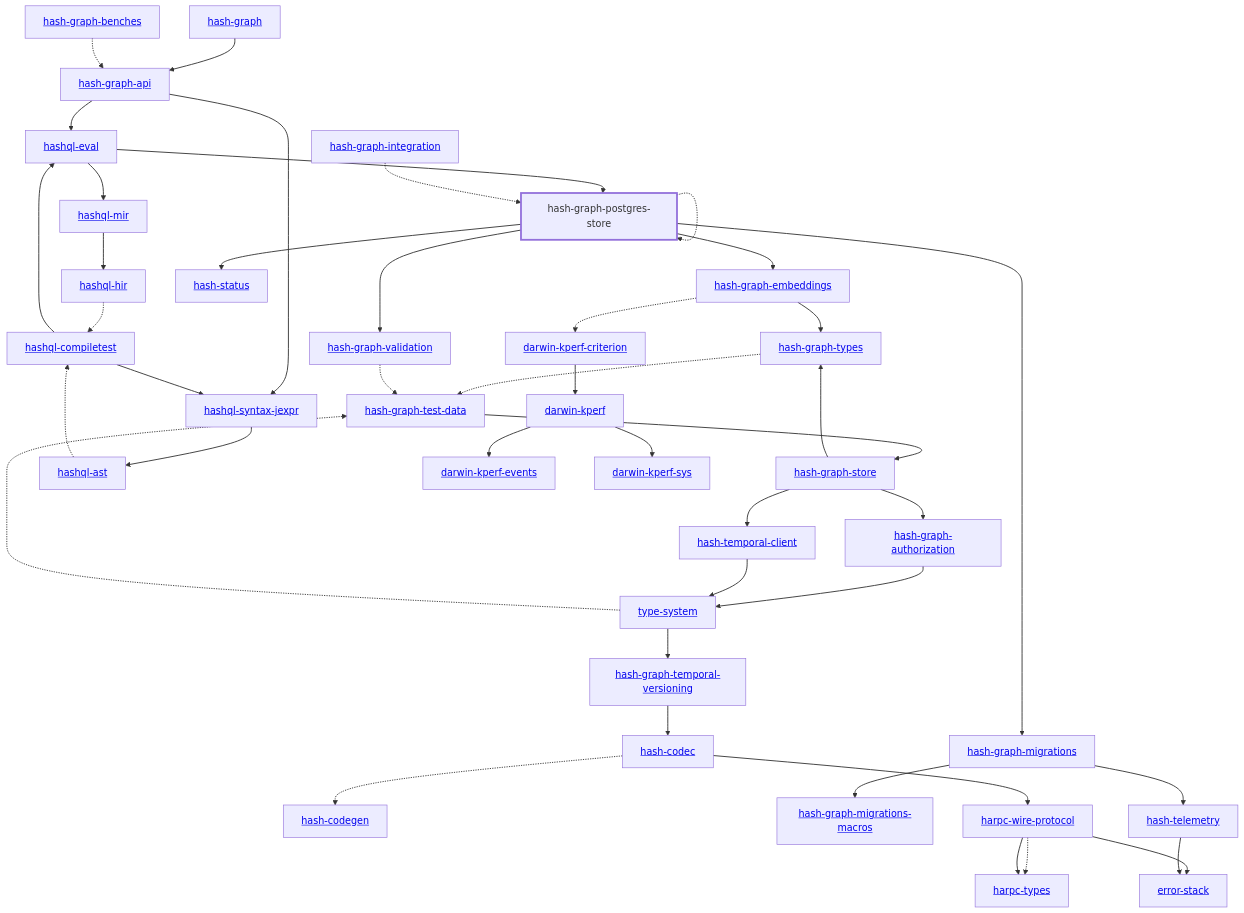
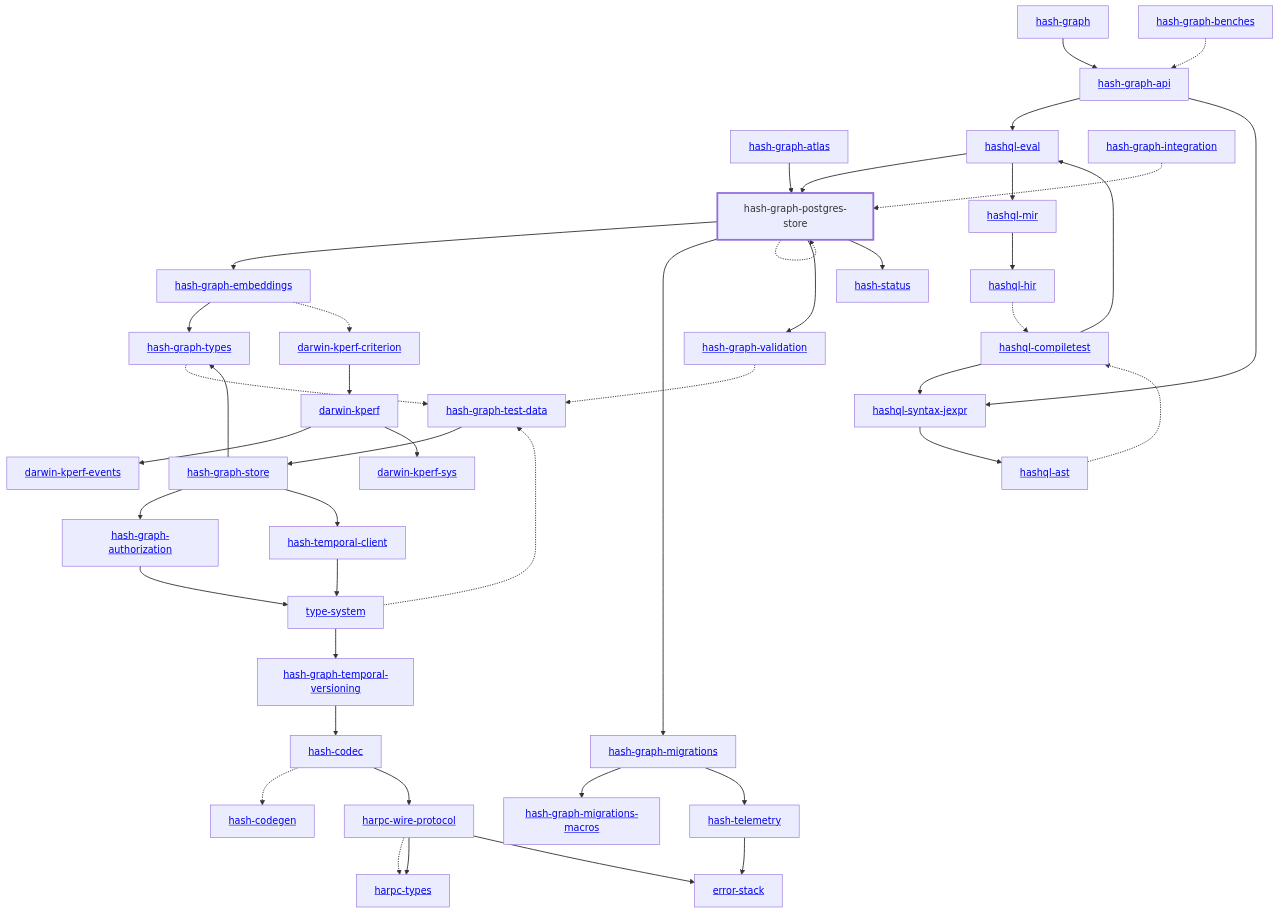
One commit to hashintel/hash changed the diagram in libs/@local/graph/postgres-store/docs/dependency-diagram.mmd. Above: the diagram before and after it, drawn with Mermaid. The commit also changed 640 other files, not shown here.

Commit message:
feat: the hash-graph-atlas crate

```diff
--- a/libs/@local/graph/postgres-store/docs/dependency-diagram.mmd
+++ b/libs/@local/graph/postgres-store/docs/dependency-diagram.mmd
@@ -1,86 +1,88 @@
 graph TD
     linkStyle default stroke-width:1.5px
     classDef default stroke-width:1px
     classDef root stroke-width:3px
     classDef dev stroke-width:1px
     classDef build stroke-width:1px
     %% Legend
     %% --> : Normal dependency
     %% -.-> : Dev dependency
     %% ---> : Build dependency
     0[<a href="../hash_graph/index.html">hash-graph</a>]
     1[<a href="../type_system/index.html">type-system</a>]
     2[<a href="../hash_codec/index.html">hash-codec</a>]
     3[<a href="../hash_codegen/index.html">hash-codegen</a>]
     4[<a href="../hash_graph_api/index.html">hash-graph-api</a>]
-    5[<a href="../hash_graph_authorization/index.html">hash-graph-authorization</a>]
-    6[<a href="../hash_graph_embeddings/index.html">hash-graph-embeddings</a>]
-    7[<a href="../hash_graph_migrations/index.html">hash-graph-migrations</a>]
-    8[<a href="../hash_graph_migrations_macros/index.html">hash-graph-migrations-macros</a>]
-    9[hash-graph-postgres-store]
-    class 9 root
-    10[<a href="../hash_graph_store/index.html">hash-graph-store</a>]
-    11[<a href="../hash_graph_temporal_versioning/index.html">hash-graph-temporal-versioning</a>]
-    12[<a href="../hash_graph_types/index.html">hash-graph-types</a>]
-    13[<a href="../hash_graph_validation/index.html">hash-graph-validation</a>]
-    14[<a href="../harpc_types/index.html">harpc-types</a>]
-    15[<a href="../harpc_wire_protocol/index.html">harpc-wire-protocol</a>]
-    16[<a href="../hashql_ast/index.html">hashql-ast</a>]
-    17[<a href="../hashql_compiletest/index.html">hashql-compiletest</a>]
-    18[<a href="../hashql_eval/index.html">hashql-eval</a>]
-    19[<a href="../hashql_hir/index.html">hashql-hir</a>]
-    20[<a href="../hashql_mir/index.html">hashql-mir</a>]
-    21[<a href="../hashql_syntax_jexpr/index.html">hashql-syntax-jexpr</a>]
-    22[<a href="../hash_status/index.html">hash-status</a>]
-    23[<a href="../hash_telemetry/index.html">hash-telemetry</a>]
-    24[<a href="../hash_temporal_client/index.html">hash-temporal-client</a>]
-    25[<a href="../darwin_kperf/index.html">darwin-kperf</a>]
-    26[<a href="../darwin_kperf_criterion/index.html">darwin-kperf-criterion</a>]
-    27[<a href="../darwin_kperf_events/index.html">darwin-kperf-events</a>]
-    28[<a href="../darwin_kperf_sys/index.html">darwin-kperf-sys</a>]
-    29[<a href="../error_stack/index.html">error-stack</a>]
-    30[<a href="../hash_graph_benches/index.html">hash-graph-benches</a>]
-    31[<a href="../hash_graph_integration/index.html">hash-graph-integration</a>]
-    32[<a href="../hash_graph_test_data/index.html">hash-graph-test-data</a>]
+    5[<a href="../hash_graph_atlas/index.html">hash-graph-atlas</a>]
+    6[<a href="../hash_graph_authorization/index.html">hash-graph-authorization</a>]
+    7[<a href="../hash_graph_embeddings/index.html">hash-graph-embeddings</a>]
+    8[<a href="../hash_graph_migrations/index.html">hash-graph-migrations</a>]
+    9[<a href="../hash_graph_migrations_macros/index.html">hash-graph-migrations-macros</a>]
+    10[hash-graph-postgres-store]
+    class 10 root
+    11[<a href="../hash_graph_store/index.html">hash-graph-store</a>]
+    12[<a href="../hash_graph_temporal_versioning/index.html">hash-graph-temporal-versioning</a>]
+    13[<a href="../hash_graph_types/index.html">hash-graph-types</a>]
+    14[<a href="../hash_graph_validation/index.html">hash-graph-validation</a>]
+    15[<a href="../harpc_types/index.html">harpc-types</a>]
+    16[<a href="../harpc_wire_protocol/index.html">harpc-wire-protocol</a>]
+    17[<a href="../hashql_ast/index.html">hashql-ast</a>]
+    18[<a href="../hashql_compiletest/index.html">hashql-compiletest</a>]
+    19[<a href="../hashql_eval/index.html">hashql-eval</a>]
+    20[<a href="../hashql_hir/index.html">hashql-hir</a>]
+    21[<a href="../hashql_mir/index.html">hashql-mir</a>]
+    22[<a href="../hashql_syntax_jexpr/index.html">hashql-syntax-jexpr</a>]
+    23[<a href="../hash_status/index.html">hash-status</a>]
+    24[<a href="../hash_telemetry/index.html">hash-telemetry</a>]
+    25[<a href="../hash_temporal_client/index.html">hash-temporal-client</a>]
+    26[<a href="../darwin_kperf/index.html">darwin-kperf</a>]
+    27[<a href="../darwin_kperf_criterion/index.html">darwin-kperf-criterion</a>]
+    28[<a href="../darwin_kperf_events/index.html">darwin-kperf-events</a>]
+    29[<a href="../darwin_kperf_sys/index.html">darwin-kperf-sys</a>]
+    30[<a href="../error_stack/index.html">error-stack</a>]
+    31[<a href="../hash_graph_benches/index.html">hash-graph-benches</a>]
+    32[<a href="../hash_graph_integration/index.html">hash-graph-integration</a>]
+    33[<a href="../hash_graph_test_data/index.html">hash-graph-test-data</a>]
     0 --> 4
-    1 --> 11
-    1 -.-> 32
+    1 --> 12
+    1 -.-> 33
     2 -.-> 3
-    2 --> 15
-    4 --> 18
-    4 --> 21
-    5 --> 1
-    6 --> 12
-    6 -.-> 26
-    7 --> 8
-    7 --> 23
-    9 --> 6
-    9 --> 7
-    9 -.-> 9
-    9 --> 13
-    9 --> 22
-    10 --> 5
-    10 --> 12
-    10 --> 24
-    11 --> 2
-    12 -.-> 32
-    13 -.-> 32
-    15 -.-> 14
-    15 --> 14
-    15 --> 29
-    16 -.-> 17
-    17 --> 18
-    17 --> 21
-    18 --> 9
-    18 --> 20
-    19 -.-> 17
-    20 --> 19
-    21 --> 16
-    23 --> 29
-    24 --> 1
-    25 --> 27
-    25 --> 28
-    26 --> 25
-    30 -.-> 4
-    31 -.-> 9
-    32 --> 10
+    2 --> 16
+    4 --> 19
+    4 --> 22
+    5 --> 10
+    6 --> 1
+    7 --> 13
+    7 -.-> 27
+    8 --> 9
+    8 --> 24
+    10 --> 7
+    10 --> 8
+    10 -.-> 10
+    10 --> 14
+    10 --> 23
+    11 --> 6
+    11 --> 13
+    11 --> 25
+    12 --> 2
+    13 -.-> 33
+    14 -.-> 33
+    16 -.-> 15
+    16 --> 15
+    16 --> 30
+    17 -.-> 18
+    18 --> 19
+    18 --> 22
+    19 --> 10
+    19 --> 21
+    20 -.-> 18
+    21 --> 20
+    22 --> 17
+    24 --> 30
+    25 --> 1
+    26 --> 28
+    26 --> 29
+    27 --> 26
+    31 -.-> 4
+    32 -.-> 10
+    33 --> 11
```
